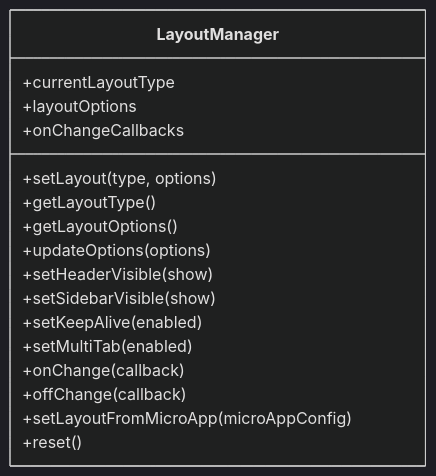
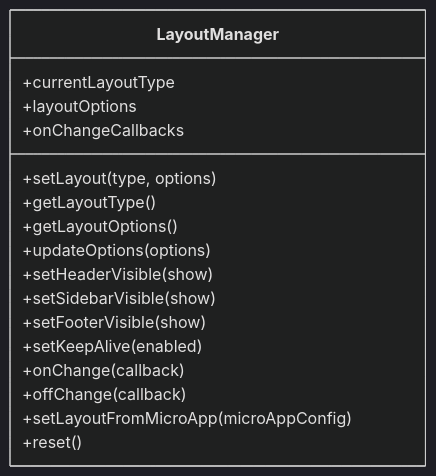
The fourth of 6 diagrams in .qoder/repowiki/zh/content/配置管理/布局配置.md (my-Sitara/artisan-base-frontend), drawn with Mermaid (dark theme) before and after one commit. The commit also changed other lines of this file and 25 other files, not shown here.

````diff
--- a/.qoder/repowiki/zh/content/配置管理/布局配置.md
+++ b/.qoder/repowiki/zh/content/配置管理/布局配置.md
@@ -164,20 +188,20 @@
 ```mermaid
 classDiagram
 class LayoutManager {
 +currentLayoutType
 +layoutOptions
 +onChangeCallbacks
 +setLayout(type, options)
 +getLayoutType()
 +getLayoutOptions()
 +updateOptions(options)
 +setHeaderVisible(show)
 +setSidebarVisible(show)
++setFooterVisible(show)
 +setKeepAlive(enabled)
-+setMultiTab(enabled)
 +onChange(callback)
 +offChange(callback)
 +setLayoutFromMicroApp(microAppConfig)
 +reset()
 }
 ```
````
